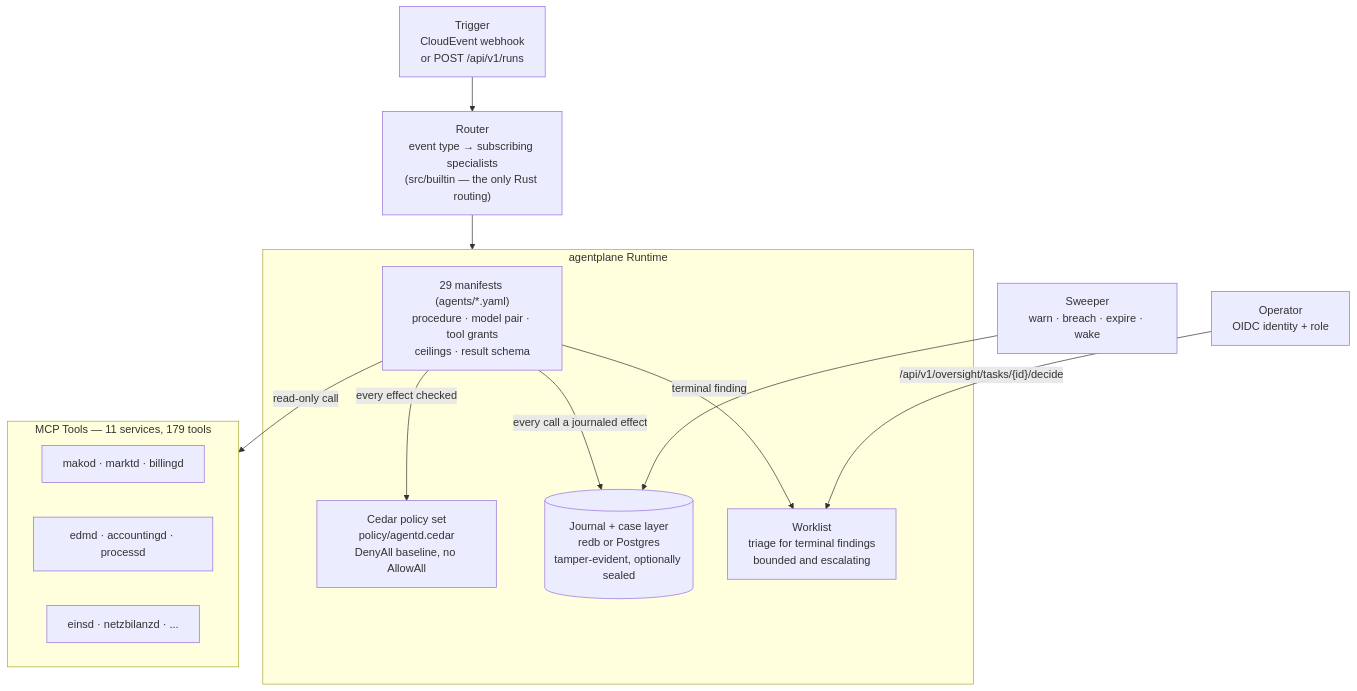
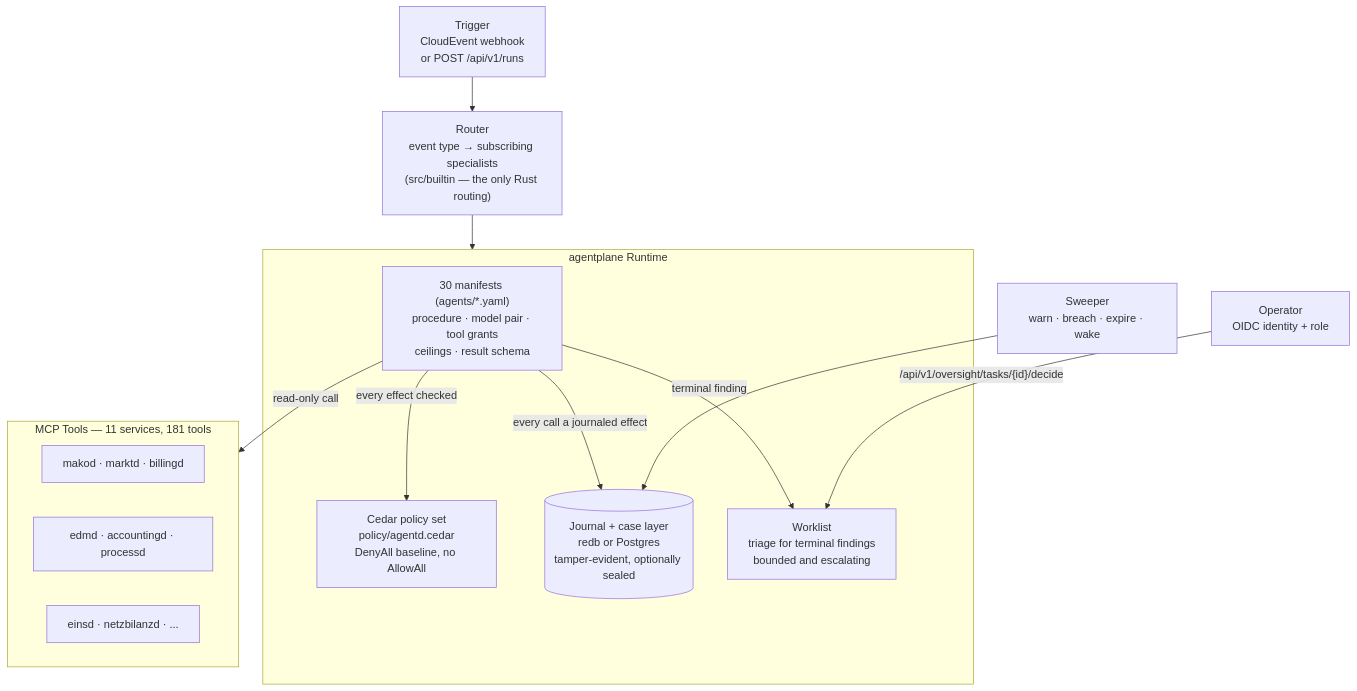
The first of 4 diagrams in site/content/docs/services/agentd.md (hupe1980/mako), drawn with Mermaid before and after one commit. The commit also changed other lines of this file and 568 other files, not shown here.

````diff
--- a/site/content/docs/services/agentd.md
+++ b/site/content/docs/services/agentd.md
@@ -514,29 +514,29 @@
 ```mermaid
 graph TB
     TRIGGER["Trigger<br/>CloudEvent webhook<br/>or POST /api/v1/runs"]
     ROUTER["Router<br/>event type → subscribing specialists<br/>(src/builtin — the only Rust routing)"]
 
     subgraph plane ["agentplane Runtime"]
-        MANIFEST["29 manifests (agents/*.yaml)<br/>procedure · model pair · tool grants<br/>ceilings · result schema"]
+        MANIFEST["30 manifests (agents/*.yaml)<br/>procedure · model pair · tool grants<br/>ceilings · result schema"]
         POLICY["Cedar policy set<br/>policy/agentd.cedar<br/>DenyAll baseline, no AllowAll"]
         JOURNAL[("Journal + case layer<br/>redb or Postgres<br/>tamper-evident, optionally sealed")]
         OVERSIGHT["Worklist<br/>triage for terminal findings<br/>bounded and escalating"]
     end
 
-    subgraph tools ["MCP Tools — 11 services, 179 tools"]
+    subgraph tools ["MCP Tools — 11 services, 181 tools"]
         T1["makod · marktd · billingd"]
         T2["edmd · accountingd · processd"]
         T3["einsd · netzbilanzd · ..."]
     end
 
     HUMAN["Operator<br/>OIDC identity + role"]
     SWEEP["Sweeper<br/>warn · breach · expire · wake"]
 
     TRIGGER --> ROUTER --> plane
     MANIFEST -->|"every effect checked"| POLICY
     MANIFEST -->|"every call a journaled effect"| JOURNAL
     MANIFEST -->|"terminal finding"| OVERSIGHT
     HUMAN -->|"/api/v1/oversight/tasks/{id}/decide"| OVERSIGHT
     SWEEP --> JOURNAL
     MANIFEST -->|"read-only call"| tools
 ```
````
